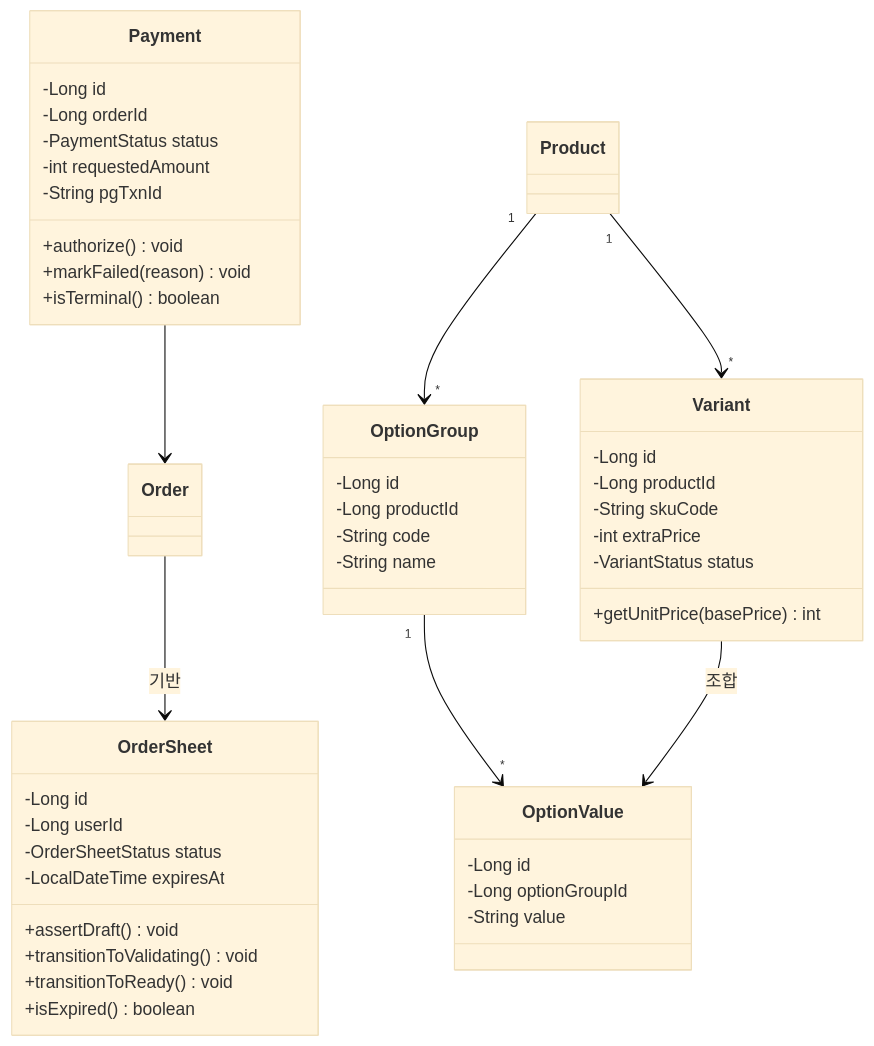
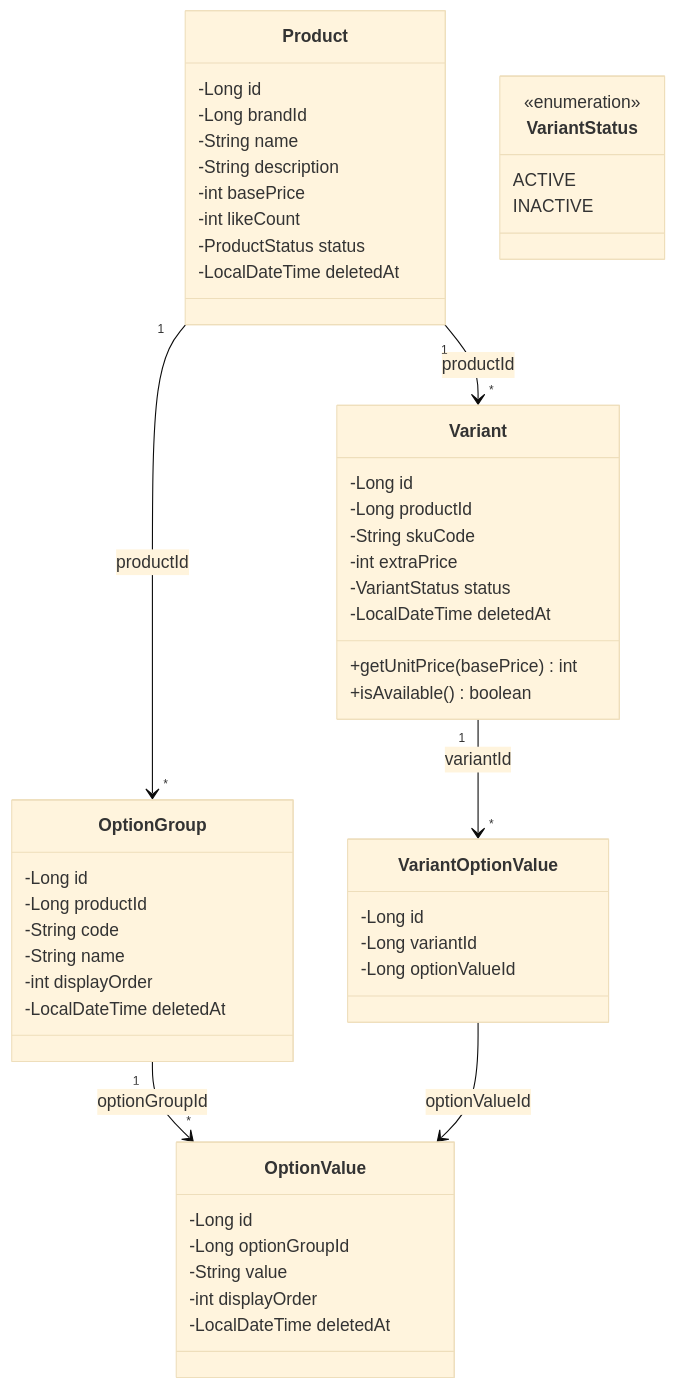
Before and after one commit to Loopers-dev-lab/loop-pack-be-l2-vol3-java: the first of 2 diagrams in .docs/design/future/03-class-diagram-expansion.md, drawn with Mermaid (base theme). The commit also changed other lines of this file and 3 other files, not shown here.

````diff
--- a/.docs/design/future/03-class-diagram-expansion.md
+++ b/.docs/design/future/03-class-diagram-expansion.md
@@ -103,53 +9,59 @@
 ```mermaid
 classDiagram
-    class Variant {
+    class Product {
         -Long id
-        -Long productId
-        -String skuCode
-        -int extraPrice
-        -VariantStatus status
-        +getUnitPrice(basePrice) int
+        -Long brandId
+        -String name
+        -String description
+        -int basePrice
+        -int likeCount
+        -ProductStatus status
+        -LocalDateTime deletedAt
     }
 
     class OptionGroup {
         -Long id
         -Long productId
         -String code
         -String name
+        -int displayOrder
+        -LocalDateTime deletedAt
     }
 
     class OptionValue {
         -Long id
         -Long optionGroupId
         -String value
+        -int displayOrder
+        -LocalDateTime deletedAt
     }
 
-    class OrderSheet {
+    class Variant {
         -Long id
-        -Long userId
-        -OrderSheetStatus status
-        -LocalDateTime expiresAt
-        +assertDraft() void
-        +transitionToValidating() void
-        +transitionToReady() void
-        +isExpired() boolean
+        -Long productId
+        -String skuCode
+        -int extraPrice
+        -VariantStatus status
+        -LocalDateTime deletedAt
+        +getUnitPrice(basePrice) int
+        +isAvailable() boolean
     }
 
-    class Payment {
+    class VariantOptionValue {
         -Long id
-        -Long orderId
-        -PaymentStatus status
-        -int requestedAmount
-        -String pgTxnId
-        +authorize() void
-        +markFailed(reason) void
-        +isTerminal() boolean
+        -Long variantId
+        -Long optionValueId
     }
 
-    Product "1" --> "*" Variant
-    Product "1" --> "*" OptionGroup
-    OptionGroup "1" --> "*" OptionValue
-    Variant --> OptionValue : 조합
-    Order --> OrderSheet : 기반
-    Payment --> Order
+    class VariantStatus {
+        <<enumeration>>
+        ACTIVE
+        INACTIVE
+    }
+
+    Product "1" --> "*" OptionGroup : productId
+    OptionGroup "1" --> "*" OptionValue : optionGroupId
+    Product "1" --> "*" Variant : productId
+    Variant "1" --> "*" VariantOptionValue : variantId
+    VariantOptionValue --> OptionValue : optionValueId
 ```
````
